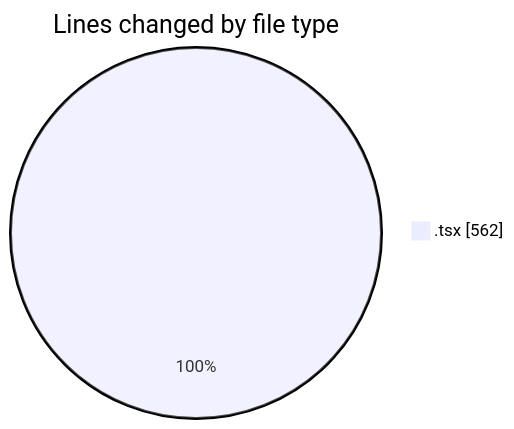
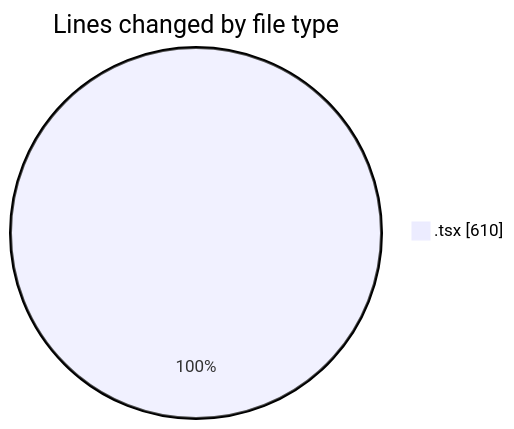
One commit to JenPaints/code-tracking changed the first of 2 diagrams in 2025-05-29/kimberly-groups/README.md. Above: the diagram before and after it, drawn with Mermaid. The commit also changed other lines of this file and 1 other file, not shown here.

````diff
--- a/2025-05-29/kimberly-groups/README.md
+++ b/2025-05-29/kimberly-groups/README.md
@@ -20,5 +20,5 @@
 ```mermaid
 pie showData
 title Lines changed by file type
-".tsx" : 562
+".tsx" : 610
 ```
````
